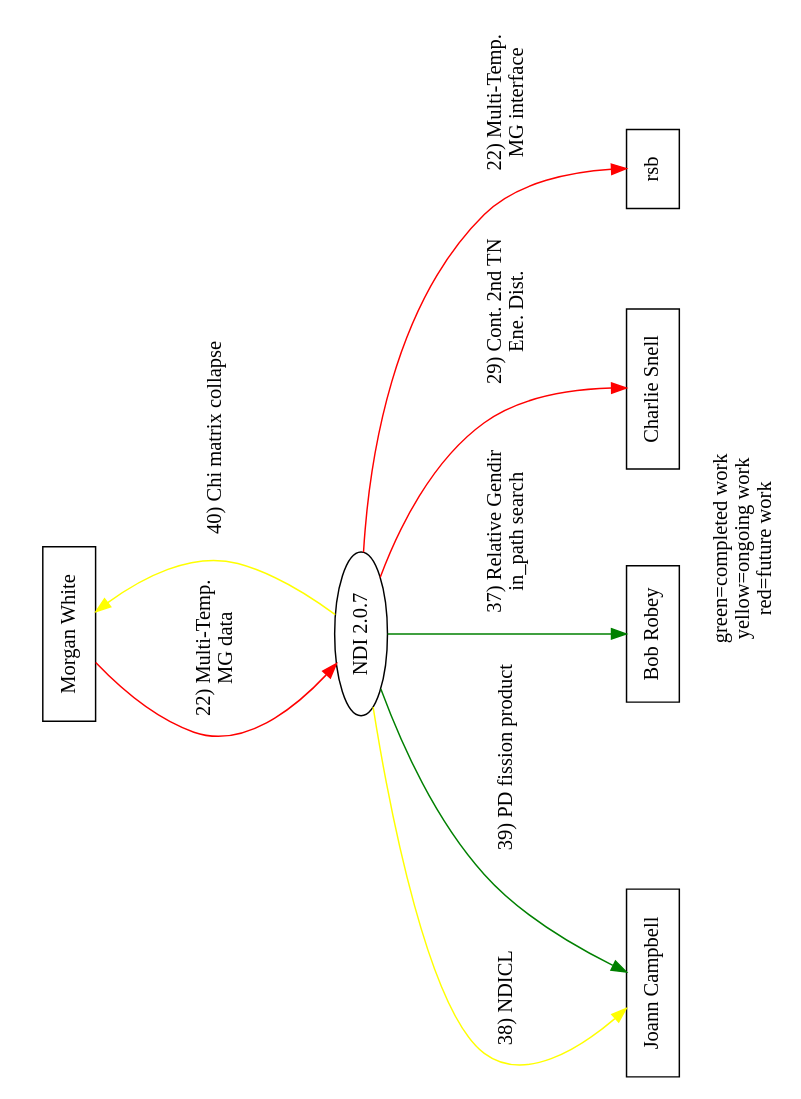
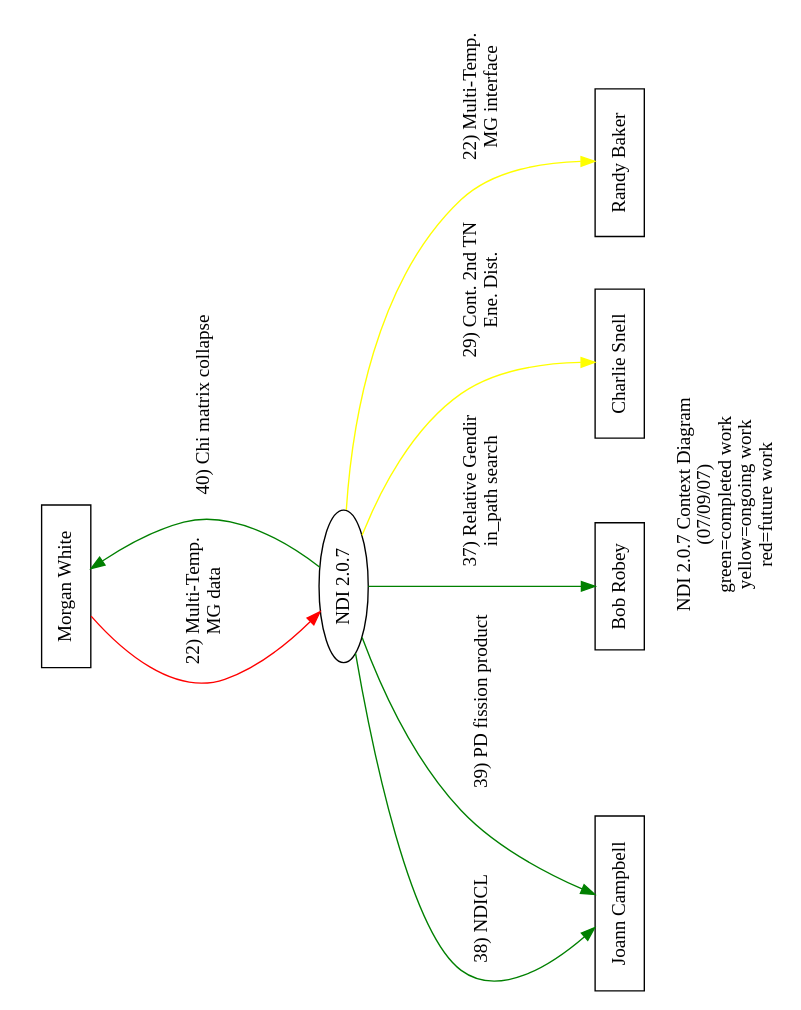
One commit to lanl/ndi changed the diagram in doc/reqt/context_2.0.7.dot. Above: the diagram before and after it, drawn with Graphviz. The commit also changed 6 other files, not shown here.

```diff
--- a/doc/reqt/context_2.0.7.dot
+++ b/doc/reqt/context_2.0.7.dot
@@ -1,28 +1,28 @@
 digraph ndi {
 	rotate=90;
 	page="8.5, 11";
 	size="9, 6.5";
 	center=1;
 	ratio=fill;	
-	title="NDI 2.0.7 Context Diagram (07/05/07)"; 
-	label="green=completed work\nyellow=ongoing work\nred=future work";
+	label="NDI 2.0.7 Context Diagram\n(07/09/07)\ngreen=completed work\nyellow=ongoing work\nred=future work";
 	node[shape="box"];
 
 	/* stakeholders */
 	morgan[label="Morgan White"];
 	jomc[label="Joann Campbell"];
 	brobey[label="Bob Robey"];
 	snell[label="Charlie Snell"];
+	rsb[label="Randy Baker"];
 
 	/* project */
 	ndi[label="NDI 2.0.7", shape="ellipse"];
 	
 	morgan -> ndi[label="22) Multi-Temp.\n MG data", color=red];
-	ndi -> morgan[label="40) Chi matrix collapse", color=yellow];
-	ndi -> rsb[label="22) Multi-Temp.\nMG interface", color=red];
-	ndi -> jomc[label="38) NDICL", color=yellow];
+	ndi -> morgan[label="40) Chi matrix collapse", color=green];
+	ndi -> rsb[label="22) Multi-Temp.\nMG interface", color=yellow];
+	ndi -> jomc[label="38) NDICL", color=green];
 	ndi -> brobey[label="37) Relative Gendir\n in_path search", color=green];
-	ndi -> snell[label="29) Cont. 2nd TN\n Ene. Dist.", color=red];
+	ndi -> snell[label="29) Cont. 2nd TN\n Ene. Dist.", color=yellow];
 	ndi -> jomc[label="39) PD fission product", color=green];
 
 }
```
